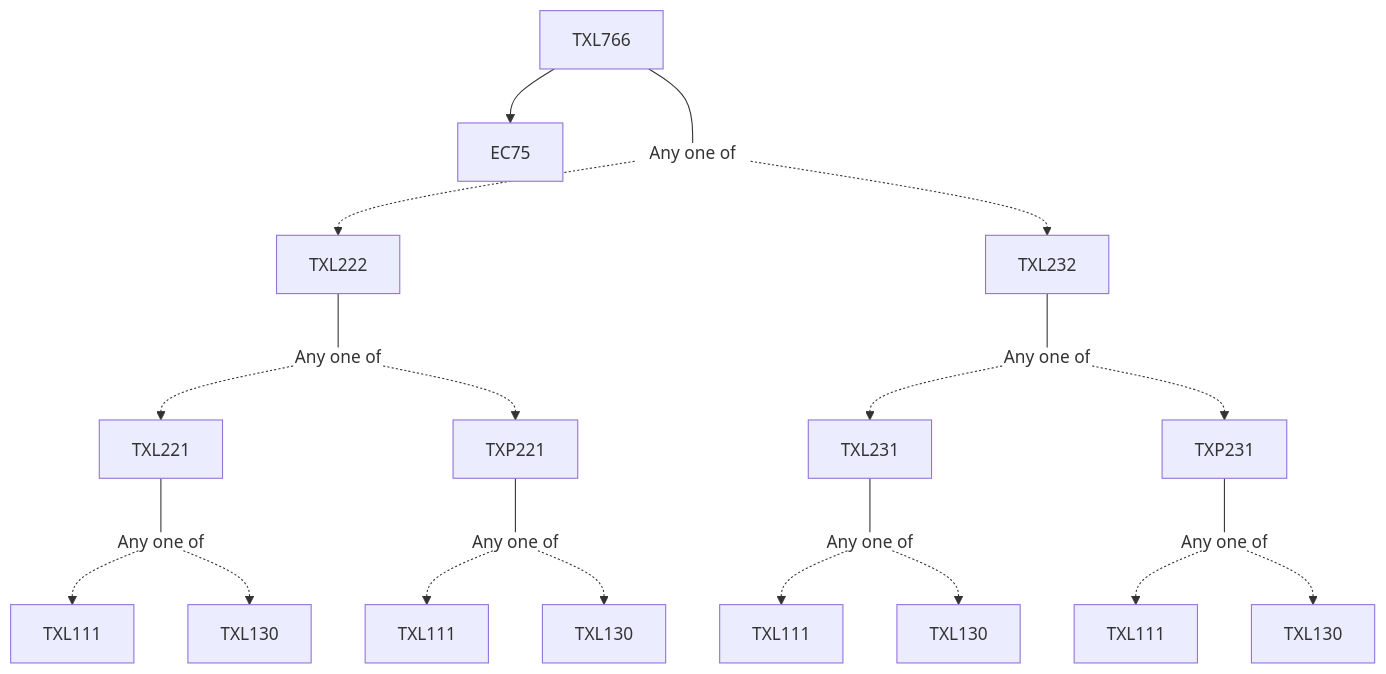
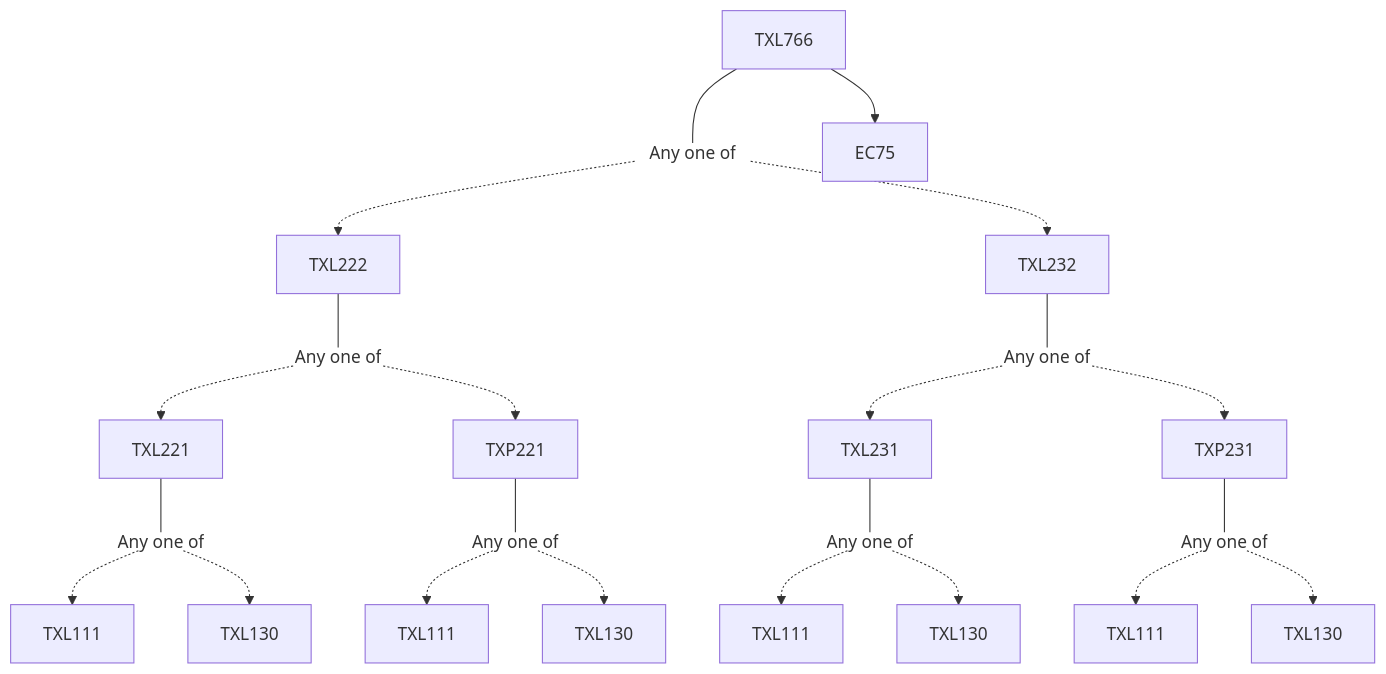
One commit to KeshavBansal0122/CoS_Website changed the diagram in content/Textile and Fibre Engineering/TXL766.md. Above: the diagram before and after it, drawn with Mermaid. The commit also changed other lines of this file and 2662 other files, not shown here.

````diff
--- a/content/Textile and Fibre Engineering/TXL766.md
+++ b/content/Textile and Fibre Engineering/TXL766.md
@@ -13,29 +13,29 @@
 ```mermaid
 flowchart TD
 TXL766-1753[TXL766]
-TXL766-1753 --> EC75-1753[EC75]
 TXL766-1753 --- Or1754[Any one of]:::empty
 TXL222-1755 --- Or1756[Any one of]:::empty
-Or1756 -.-> TXL221-1757[TXL221]
 TXL221-1757 --- Or1758[Any one of]:::empty
 Or1758 -.-> TXL111-1759[TXL111]
 Or1758 -.-> TXL130-1760[TXL130]
+Or1756 -.-> TXL221-1757[TXL221]
 Or1756 -.-> TXP221-1761[TXP221]
 TXP221-1761 --- Or1762[Any one of]:::empty
 Or1762 -.-> TXL111-1763[TXL111]
 Or1762 -.-> TXL130-1764[TXL130]
 Or1754 -.-> TXL222-1755[TXL222]
 Or1754 -.-> TXL232-1765[TXL232]
 TXL232-1765 --- Or1766[Any one of]:::empty
 Or1766 -.-> TXL231-1767[TXL231]
 TXL231-1767 --- Or1768[Any one of]:::empty
 Or1768 -.-> TXL111-1769[TXL111]
 Or1768 -.-> TXL130-1770[TXL130]
 Or1766 -.-> TXP231-1771[TXP231]
 TXP231-1771 --- Or1772[Any one of]:::empty
 Or1772 -.-> TXL111-1773[TXL111]
 Or1772 -.-> TXL130-1774[TXL130]
+TXL766-1753 --> EC75-1753[EC75]
 
 classDef empty height:17px, fill:transparent, stroke:transparent;
 classDef trueEmpty height:0px, width:0px;
 ```
````
